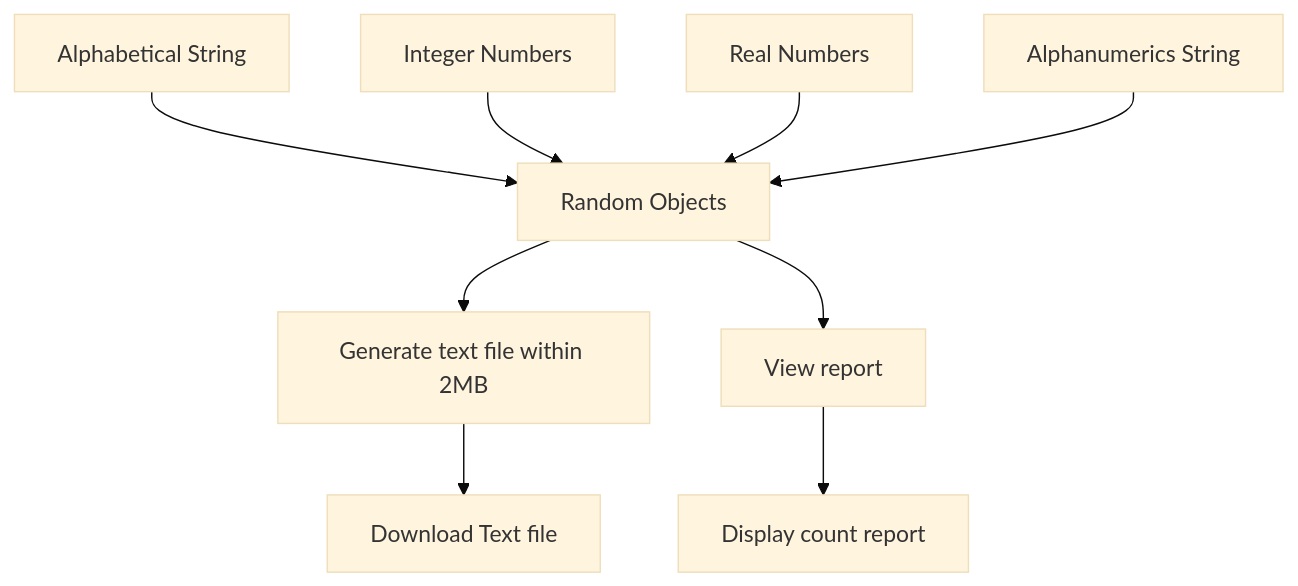
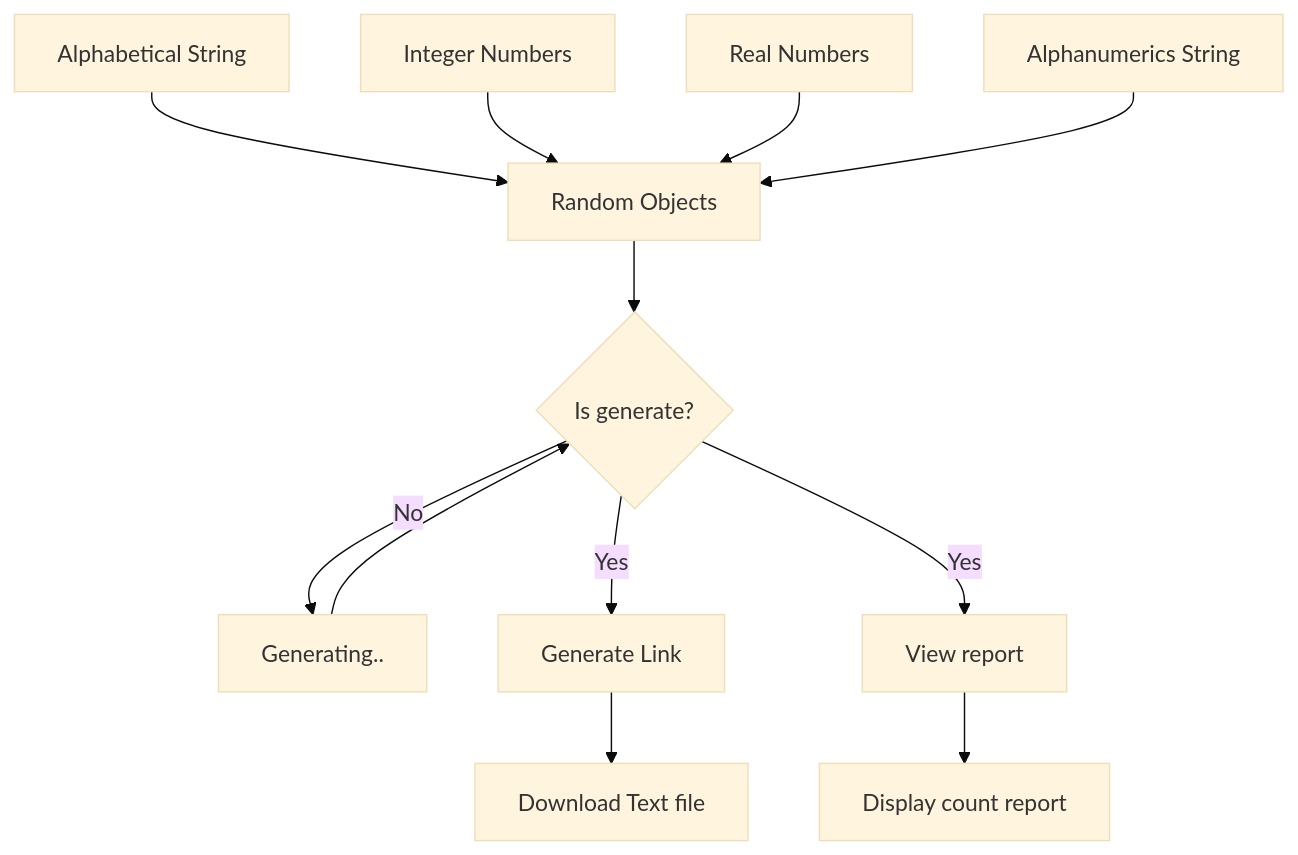
The diagram in README.md (mhhabib/Programming-Challenge), drawn with Mermaid (base theme) before and after one commit. The commit also changed other lines of this file, not shown here.

Commit message:
update diagram

````diff
--- a/README.md
+++ b/README.md
@@ -5,11 +5,14 @@
 ```mermaid
 flowchart TD
 B[Alphabetical String] --> A[Random Objects]
 C[Integer Numbers] --> A[Random Objects]
-DB[Real Numbers] --> A[Random Objects]
+D[Real Numbers] --> A[Random Objects]
 E[Alphanumerics String] --> A[Random Objects]
-A[Random Objects] --> F[Generate text file within 2MB]
-F[Generate text file within 2MB] --> H[Download Text file]
-A[Random Objects] --> G[View report]
+A[Random Objects] --> Y{Is generate?}
+Y -- No --> N[Generating..]
+N --> Y
+Y -- Yes --> F[Generate Link]
+F[Generate Link] --> H[Download Text file]
+Y -- Yes --> G[View report]
 G[View report] --> I[Display count report]
 ```
````
